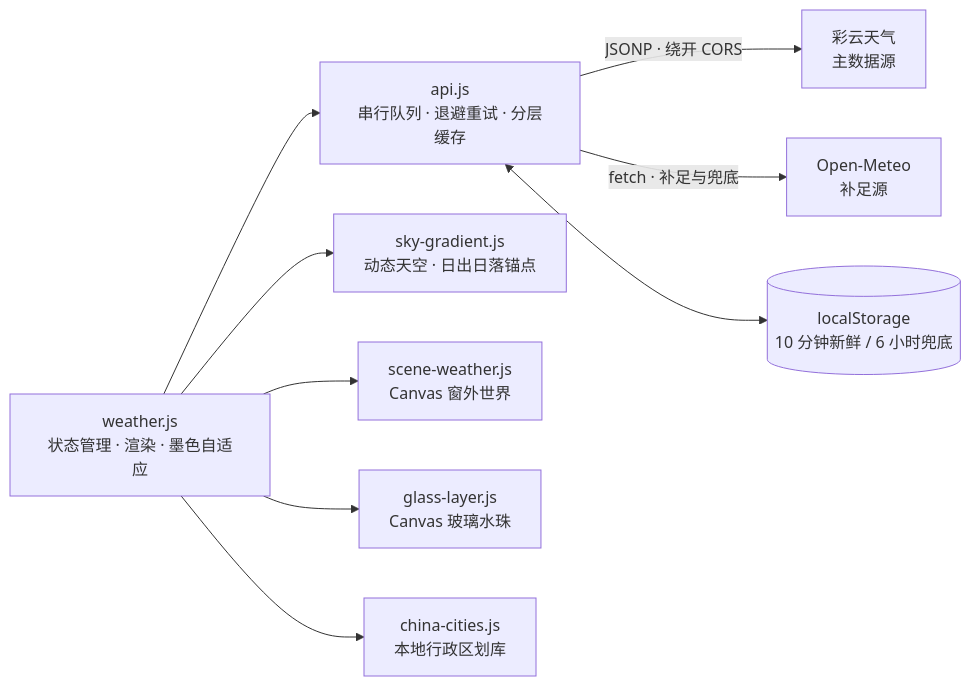
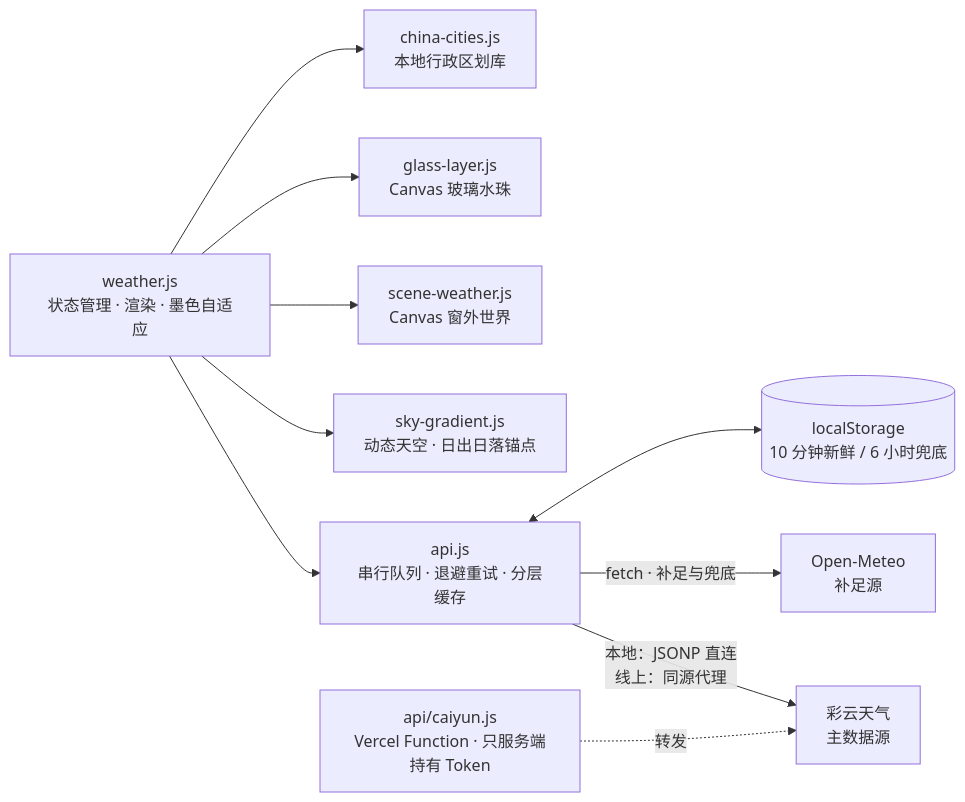
Before and after one commit to abobb414/AeroWeather: the diagram in README.md, drawn with Mermaid. The commit also changed other lines of this file and 4 other files, not shown here.

First line of the commit message:
feat(caiyun): 彩云改走服务端代理，Token 从此不落静态文件（v1.0.4）

````diff
--- a/README.md
+++ b/README.md
@@ -139,11 +139,12 @@
 ```mermaid
 flowchart LR
     A["weather.js<br/>状态管理 · 渲染 · 墨色自适应"] --> B["api.js<br/>串行队列 · 退避重试 · 分层缓存"]
-    B -->|"JSONP · 绕开 CORS"| C["彩云天气<br/>主数据源"]
+    B -->|"本地：JSONP 直连<br/>线上：同源代理"| C["彩云天气<br/>主数据源"]
     B -->|"fetch · 补足与兜底"| D["Open-Meteo<br/>补足源"]
     B <--> E[("localStorage<br/>10 分钟新鲜 / 6 小时兜底")]
     A --> F["sky-gradient.js<br/>动态天空 · 日出日落锚点"]
     A --> G["scene-weather.js<br/>Canvas 窗外世界"]
     A --> H["glass-layer.js<br/>Canvas 玻璃水珠"]
     A --> I["china-cities.js<br/>本地行政区划库"]
+    J["api/caiyun.js<br/>Vercel Function · 只服务端持有 Token"] -.->|"转发"| C
 ```
````
